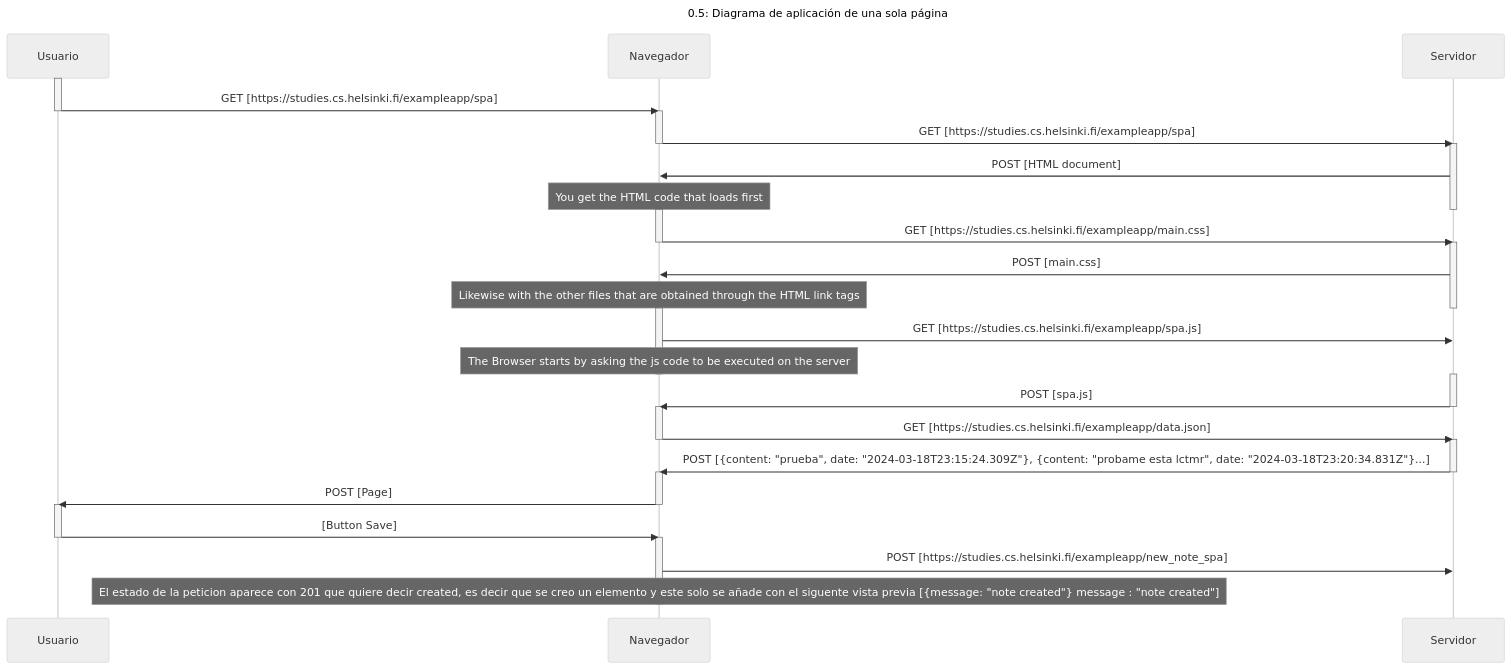
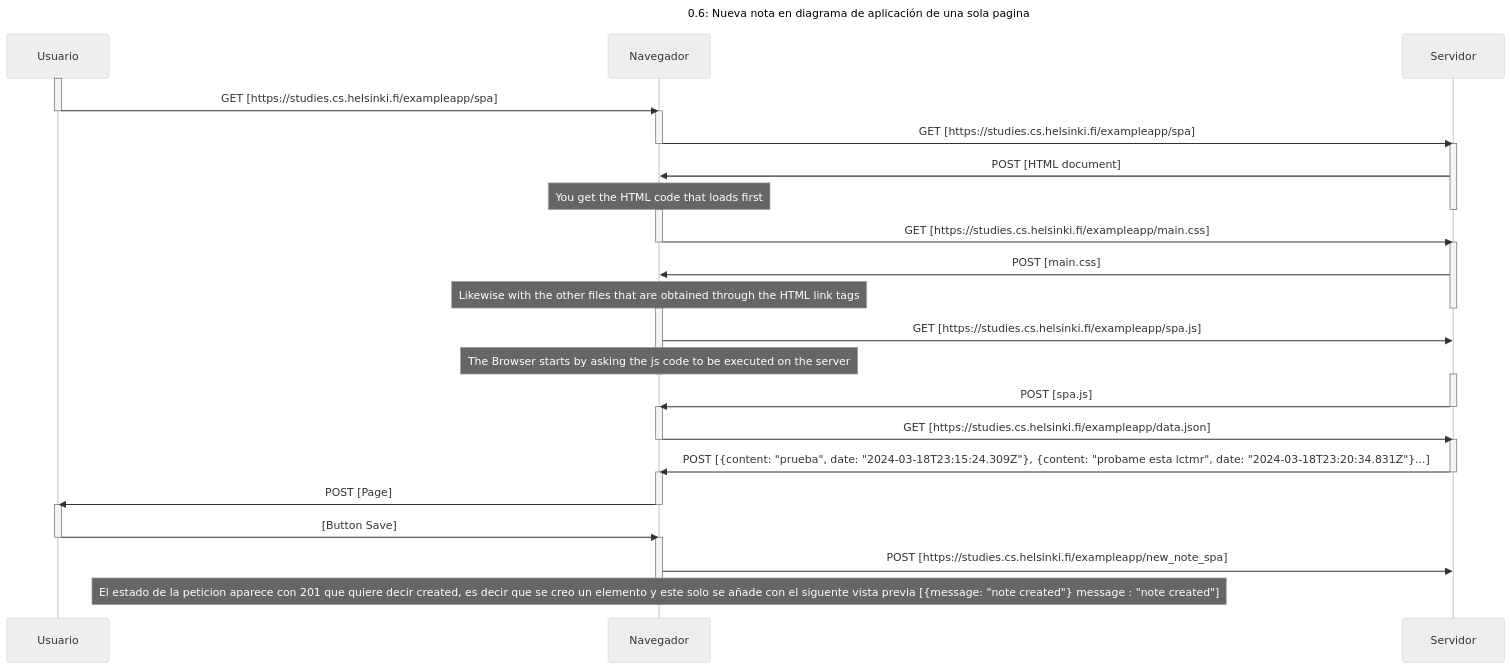
Before and after one commit to thecrusher2345/Full-Stack-Open-2023: the diagram in part01/0.6: Nueva nota en diagrama de aplicación de una sola pagina.md, drawn with Mermaid (neutral theme). The commit also changed other lines of this file, not shown here.

Commit message:
Update 0.6: Nueva nota en diagrama de aplicación de una sola pagina.md

````diff
--- a/part01/0.6: Nueva nota en diagrama de aplicación de una sola pagina.md
+++ b/part01/0.6: Nueva nota en diagrama de aplicación de una sola pagina.md
@@ -3,65 +3,65 @@
 ```mermaid
 sequenceDiagram
-    Title: 0.5: Diagrama de aplicación de una sola página
+    Title: 0.6: Nueva nota en diagrama de aplicación de una sola pagina
 
     participant Usuario
     participant Navegador
     participant Servidor
     
 
     activate Usuario
     Usuario->>Navegador: GET [https://studies.cs.helsinki.fi/exampleapp/spa]
     
     deactivate Usuario
     activate Navegador
     Navegador->>Servidor: GET [https://studies.cs.helsinki.fi/exampleapp/spa]
     
     deactivate Navegador
     activate Servidor
     Servidor->>Navegador: POST [HTML document]
     note over Navegador: You get the HTML code that loads first
     deactivate Servidor
 
     activate Navegador
     Navegador->>Servidor: GET [https://studies.cs.helsinki.fi/exampleapp/main.css]
     deactivate Navegador
     activate Servidor
     Servidor->>Navegador: POST [main.css]
     note over Navegador: Likewise with the other files that are obtained through the HTML link tags
     deactivate Servidor
 
     activate Navegador
     Navegador->>Servidor: GET [https://studies.cs.helsinki.fi/exampleapp/spa.js]
     note over Navegador: The Browser starts by asking the js code to be executed on the server
     deactivate Navegador
     activate Servidor
     Servidor->>Navegador: POST [spa.js]
     deactivate Servidor
 
     activate Navegador
     Navegador->>Servidor: GET [https://studies.cs.helsinki.fi/exampleapp/data.json]
     deactivate Navegador
     activate Servidor
     Servidor->>Navegador: POST [{content: "prueba", date: "2024-03-18T23:15:24.309Z"}, {content: "probame esta lctmr", date: "2024-03-18T23:20:34.831Z"}...]
     deactivate Servidor
     
     activate Navegador
     Navegador->>Usuario: POST [Page]
     deactivate Navegador
     activate Usuario
     Usuario->>Navegador: [Button Save]
     deactivate Usuario
 
     activate Navegador
     Navegador->>Servidor: POST [https://studies.cs.helsinki.fi/exampleapp/new_note_spa]
   note over Navegador: El estado de la peticion aparece con 201 que quiere decir created, es decir que se creo un elemento y este solo se añade con el siguente vista previa [{message: "note created"} message : "note created"]
     deactivate Navegador
     
     
 
 
     
     
 
 
 ```
````
